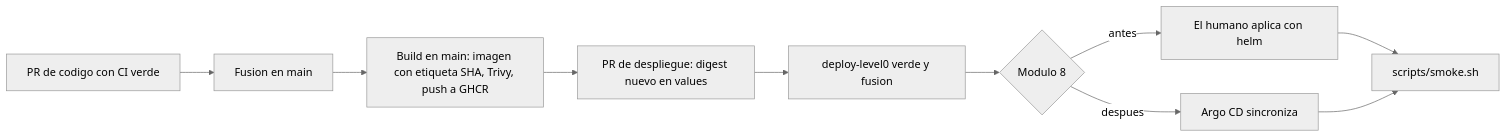
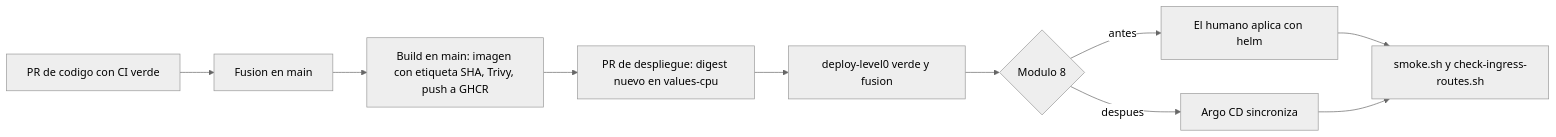
One commit to freyesJaveriana/tai changed the diagram in aidlc/spaces/default/intents/261002-veridicus-mvp/construction/platform/infrastructure-design/cicd-pipeline.md. Above: the diagram before and after it, drawn with Mermaid (neutral theme). The commit also changed other lines of this file and 8 other files, not shown here.

````diff
--- a/aidlc/spaces/default/intents/261002-veridicus-mvp/construction/platform/infrastructure-design/cicd-pipeline.md
+++ b/aidlc/spaces/default/intents/261002-veridicus-mvp/construction/platform/infrastructure-design/cicd-pipeline.md
@@ -50,12 +76,12 @@
 ```mermaid
 flowchart LR
   A[PR de codigo con CI verde] --> B[Fusion en main]
   B --> C[Build en main: imagen con etiqueta SHA, Trivy, push a GHCR]
-  C --> D[PR de despliegue: digest nuevo en values]
+  C --> D[PR de despliegue: digest nuevo en values-cpu]
   D --> E[deploy-level0 verde y fusion]
   E --> F{Modulo 8}
   F -->|antes| G[El humano aplica con helm]
   F -->|despues| H[Argo CD sincroniza]
-  G --> I[scripts/smoke.sh]
+  G --> I[smoke.sh y check-ingress-routes.sh]
   H --> I
 ```
````
